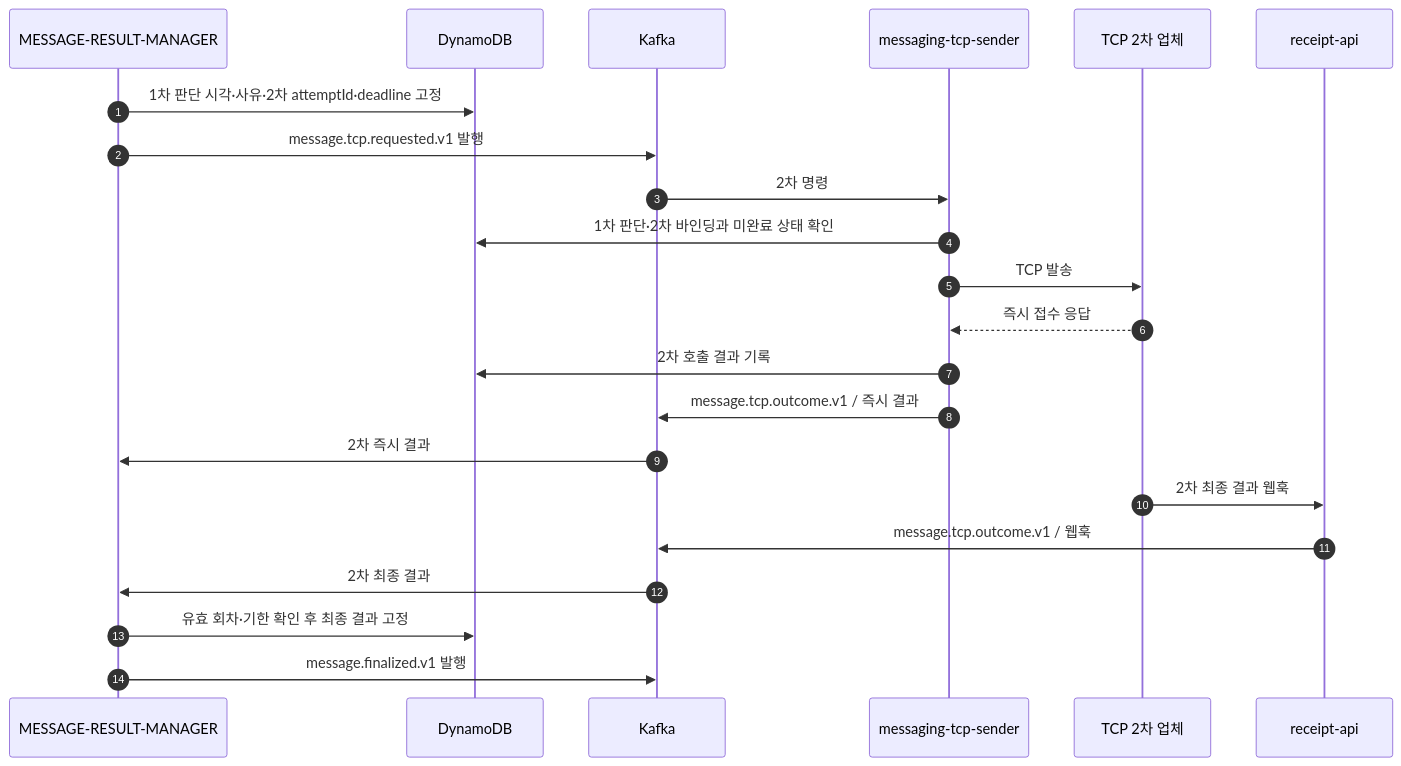
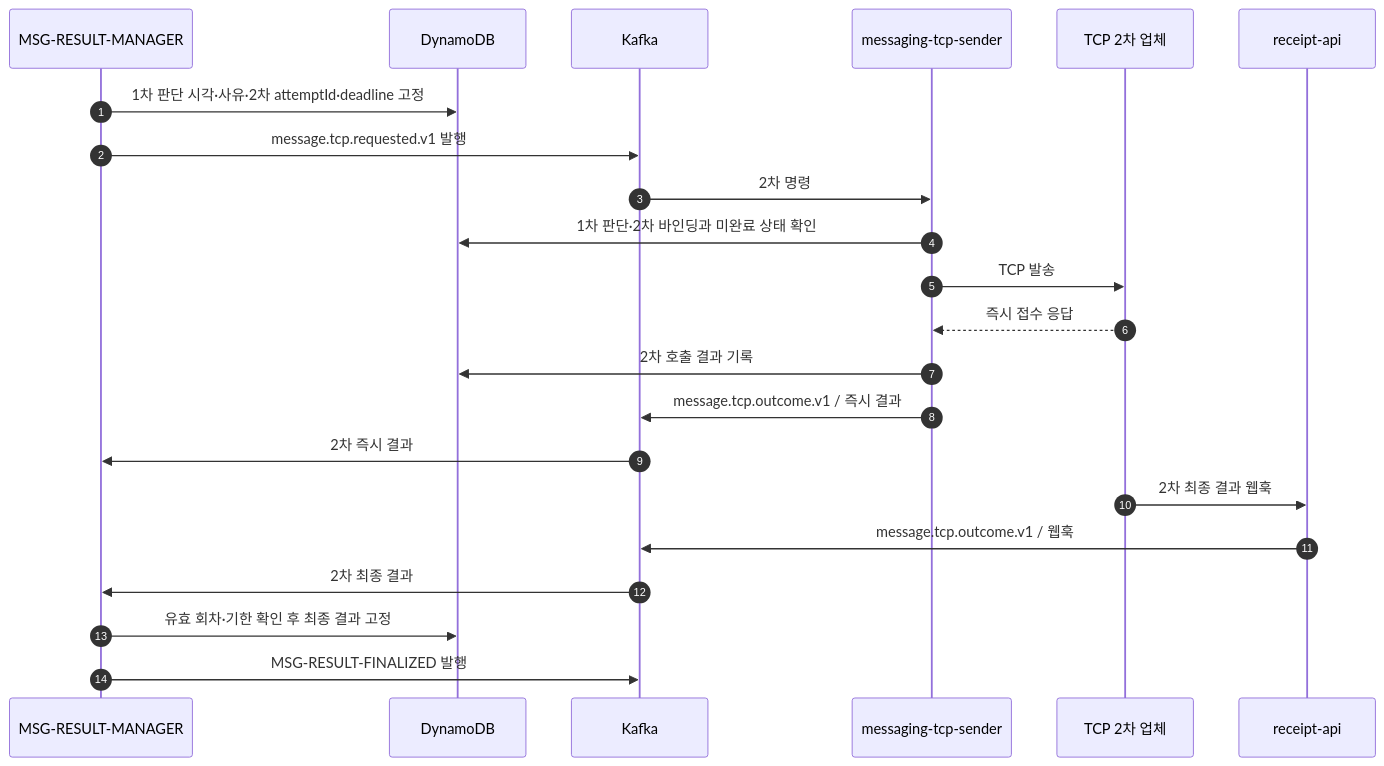
The eighth of 9 diagrams in docs/53-신규-메시지-케이스별-Call-Flow.md (hyun-seung/High-throughput-event-platform), drawn with Mermaid before and after one commit. The commit also changed other lines of this file and 5 other files, not shown here.

````diff
--- a/docs/53-신규-메시지-케이스별-Call-Flow.md
+++ b/docs/53-신규-메시지-케이스별-Call-Flow.md
@@ -281,24 +247,24 @@
 ```mermaid
 sequenceDiagram
     autonumber
-    participant M as MESSAGE-RESULT-MANAGER
+    participant M as MSG-RESULT-MANAGER
     participant D as DynamoDB
     participant K as Kafka
     participant T as messaging-tcp-sender
     participant P as TCP 2차 업체
     participant W as receipt-api
     M->>D: 1차 판단 시각·사유·2차 attemptId·deadline 고정
     M->>K: message.tcp.requested.v1 발행
     K->>T: 2차 명령
     T->>D: 1차 판단·2차 바인딩과 미완료 상태 확인
     T->>P: TCP 발송
     P-->>T: 즉시 접수 응답
     T->>D: 2차 호출 결과 기록
     T->>K: message.tcp.outcome.v1 / 즉시 결과
     K->>M: 2차 즉시 결과
     P->>W: 2차 최종 결과 웹훅
     W->>K: message.tcp.outcome.v1 / 웹훅
     K->>M: 2차 최종 결과
     M->>D: 유효 회차·기한 확인 후 최종 결과 고정
-    M->>K: message.finalized.v1 발행
+    M->>K: MSG-RESULT-FINALIZED 발행
 ```
````
